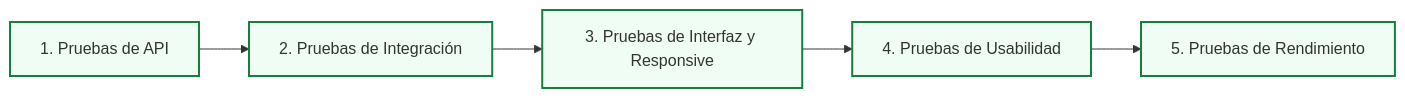
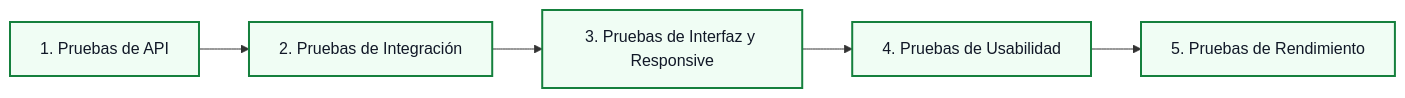
The third of 3 diagrams in docs/arquitectura/especificacion-tecnica.md (Darksam03/RuralConecta-ProyectoWeb), drawn with Mermaid before and after one commit. The commit also changed other lines of this file and 2 other files, not shown here.

````diff
--- a/docs/arquitectura/especificacion-tecnica.md
+++ b/docs/arquitectura/especificacion-tecnica.md
@@ -260,10 +260,10 @@
 ```mermaid
 graph LR
     A["1. Pruebas de API"] --> B["2. Pruebas de Integración"]
     B --> C["3. Pruebas de Interfaz y Responsive"]
     C --> D["4. Pruebas de Usabilidad"]
     D --> E["5. Pruebas de Rendimiento"]
 
-    classDef testStage fill:#f0fdf4,stroke:#15803d,stroke-width:2px;
+    classDef testStage fill:#f0fdf4,stroke:#15803d,stroke-width:2px,color:#111827;
     class A,B,C,D,E testStage;
 ```
````
